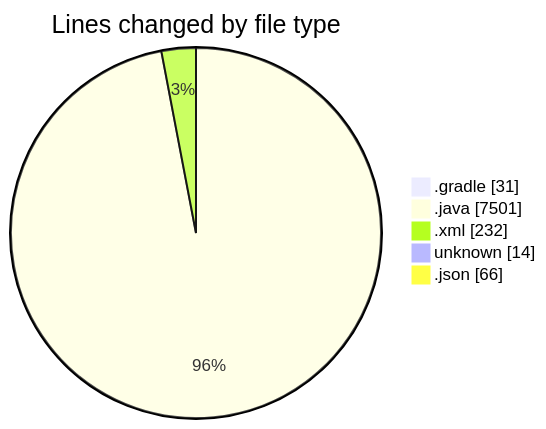
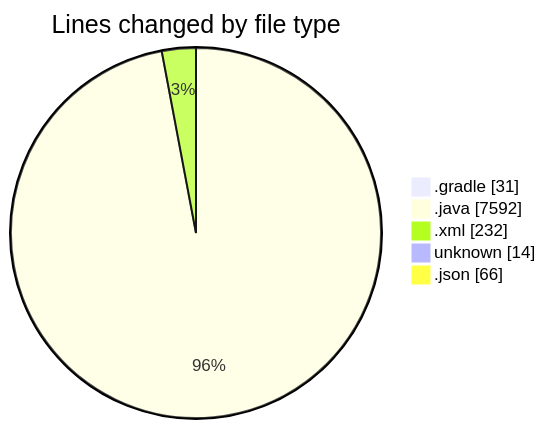
One commit to charlie-sans/code-tracking changed the first of 2 diagrams in 2025-02-21/micros/README.md. Above: the diagram before and after it, drawn with Mermaid. The commit also changed other lines of this file and 1 other file, not shown here.

````diff
--- a/2025-02-21/micros/README.md
+++ b/2025-02-21/micros/README.md
@@ -58,9 +58,9 @@
 ```mermaid
 pie showData
 title Lines changed by file type
 ".gradle" : 31
-".java" : 7501
+".java" : 7592
 ".xml" : 232
 "unknown" : 14
 ".json" : 66
 ```
````
